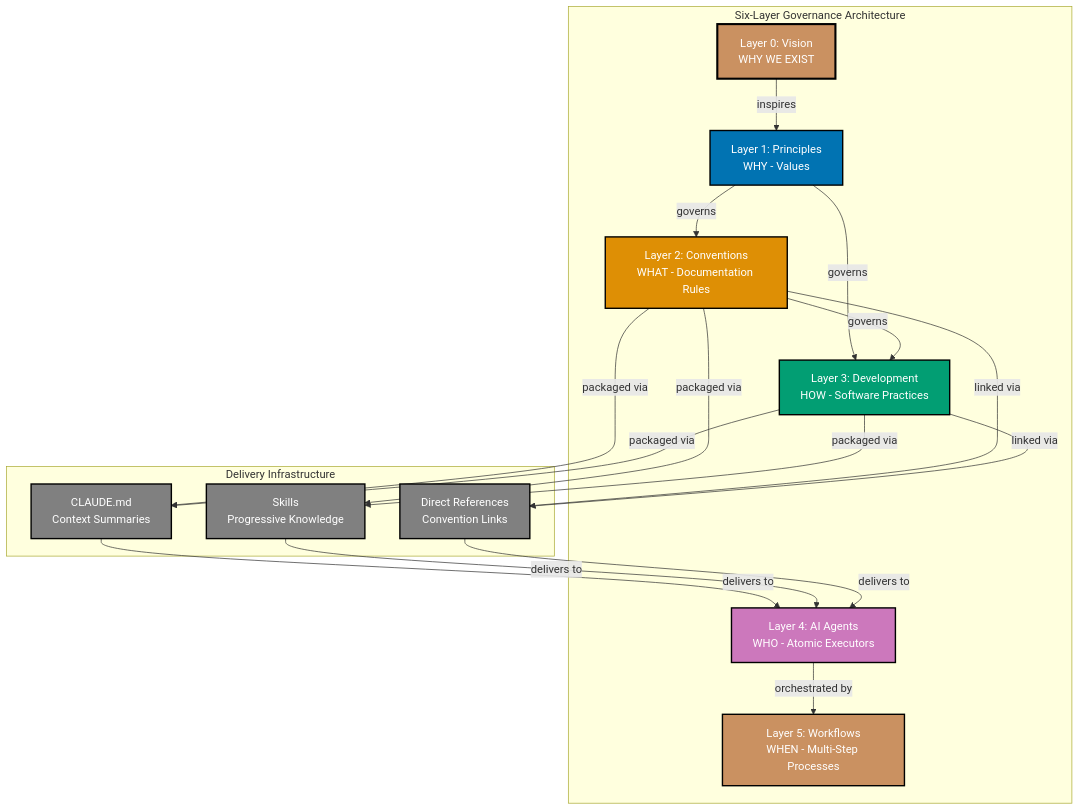
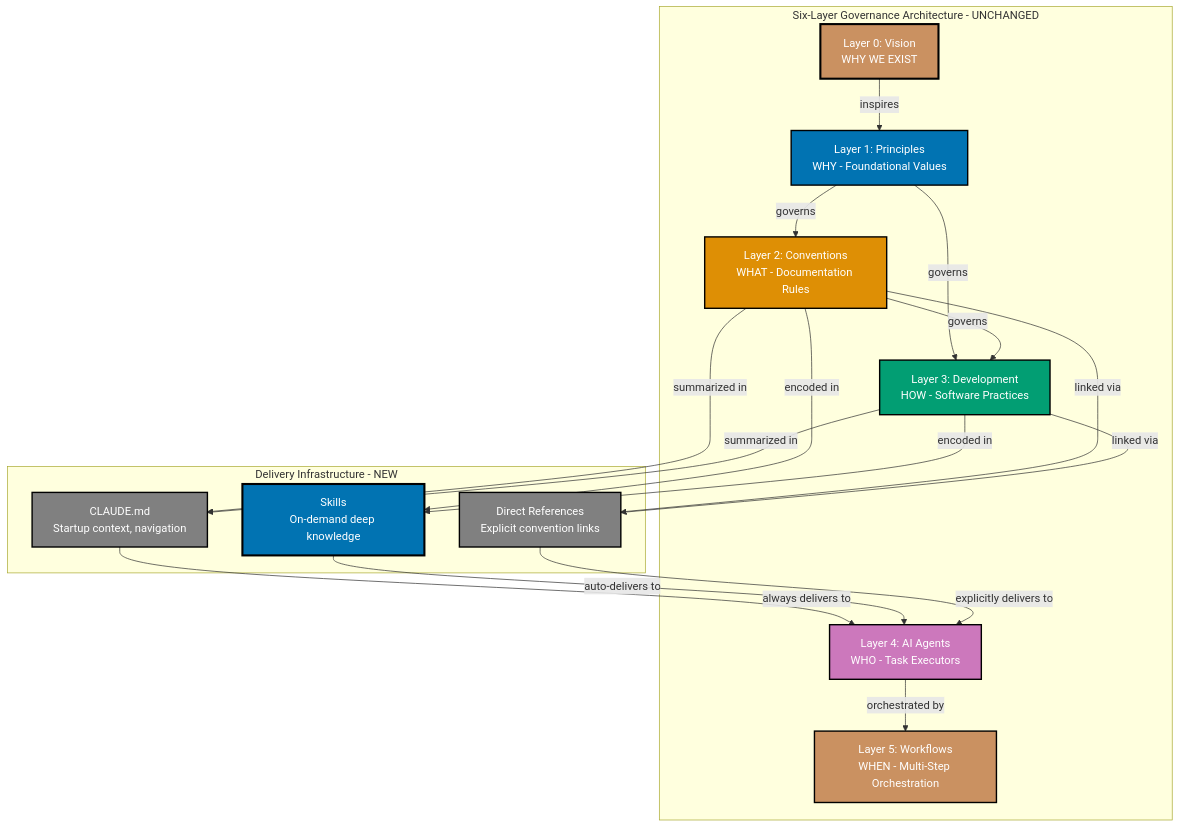
Before and after one commit to wahidyankf/open-sharia-enterprise: the third of 4 diagrams in plans/backlog/2026-01-02__skills-layer-implementation/tech-docs.md, drawn with Mermaid. The commit also changed other lines of this file and 3 other files, not shown here.

````diff
--- a/plans/backlog/2026-01-02__skills-layer-implementation/tech-docs.md
+++ b/plans/backlog/2026-01-02__skills-layer-implementation/tech-docs.md
@@ -76,46 +84,47 @@
 ```mermaid
 %% Color Palette: Blue #0173B2, Orange #DE8F05, Teal #029E73, Purple #CC78BC, Brown #CA9161, Gray #808080
+%% Complete architecture showing governance layers + delivery infrastructure
 graph TD
-    subgraph Governance[Six-Layer Governance Architecture]
+    subgraph Governance[Six-Layer Governance Architecture - UNCHANGED]
         L0[Layer 0: Vision<br/>WHY WE EXIST]
-        L1[Layer 1: Principles<br/>WHY - Values]
+        L1[Layer 1: Principles<br/>WHY - Foundational Values]
         L2[Layer 2: Conventions<br/>WHAT - Documentation Rules]
         L3[Layer 3: Development<br/>HOW - Software Practices]
-        L4[Layer 4: AI Agents<br/>WHO - Atomic Executors]
-        L5[Layer 5: Workflows<br/>WHEN - Multi-Step Processes]
+        L4[Layer 4: AI Agents<br/>WHO - Task Executors]
+        L5[Layer 5: Workflows<br/>WHEN - Multi-Step Orchestration]
     end
 
-    subgraph Delivery[Delivery Infrastructure]
-        CM[CLAUDE.md<br/>Context Summaries]
-        SK[Skills<br/>Progressive Knowledge]
-        DR[Direct References<br/>Convention Links]
+    subgraph Delivery[Delivery Infrastructure - NEW]
+        CM[CLAUDE.md<br/>Startup context, navigation]
+        SK[Skills<br/>On-demand deep knowledge]
+        DR[Direct References<br/>Explicit convention links]
     end
 
     L0 -->|inspires| L1
     L1 -->|governs| L2
     L1 -->|governs| L3
     L2 -->|governs| L3
 
-    L2 -->|packaged via| CM
-    L2 -->|packaged via| SK
+    L2 -->|summarized in| CM
+    L2 -->|encoded in| SK
     L2 -->|linked via| DR
-    L3 -->|packaged via| CM
-    L3 -->|packaged via| SK
+    L3 -->|summarized in| CM
+    L3 -->|encoded in| SK
     L3 -->|linked via| DR
 
-    CM -->|delivers to| L4
-    SK -->|delivers to| L4
-    DR -->|delivers to| L4
+    CM -->|always delivers to| L4
+    SK -->|auto-delivers to| L4
+    DR -->|explicitly delivers to| L4
 
     L4 -->|orchestrated by| L5
 
     style L0 fill:#CA9161,stroke:#000000,color:#FFFFFF,stroke-width:3px
     style L1 fill:#0173B2,stroke:#000000,color:#FFFFFF,stroke-width:2px
     style L2 fill:#DE8F05,stroke:#000000,color:#FFFFFF,stroke-width:2px
     style L3 fill:#029E73,stroke:#000000,color:#FFFFFF,stroke-width:2px
     style L4 fill:#CC78BC,stroke:#000000,color:#FFFFFF,stroke-width:2px
     style L5 fill:#CA9161,stroke:#000000,color:#FFFFFF,stroke-width:2px
     style CM fill:#808080,stroke:#000000,color:#FFFFFF,stroke-width:2px
-    style SK fill:#808080,stroke:#000000,color:#FFFFFF,stroke-width:2px
+    style SK fill:#0173B2,stroke:#000000,color:#FFFFFF,stroke-width:3px
     style DR fill:#808080,stroke:#000000,color:#FFFFFF,stroke-width:2px
 ```
````
